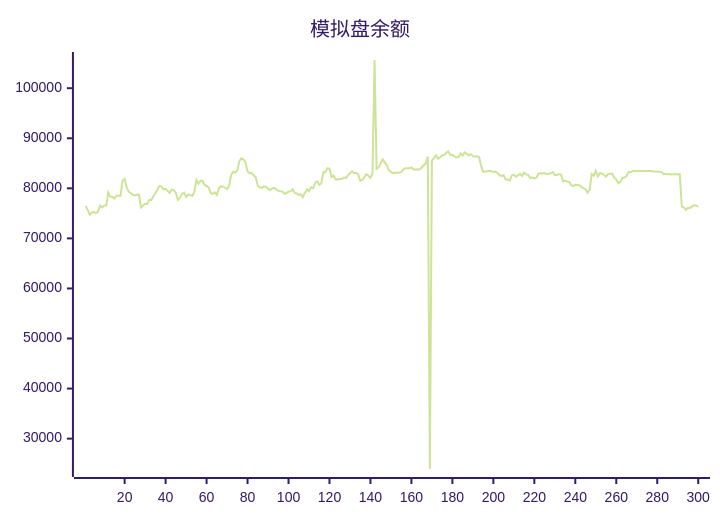
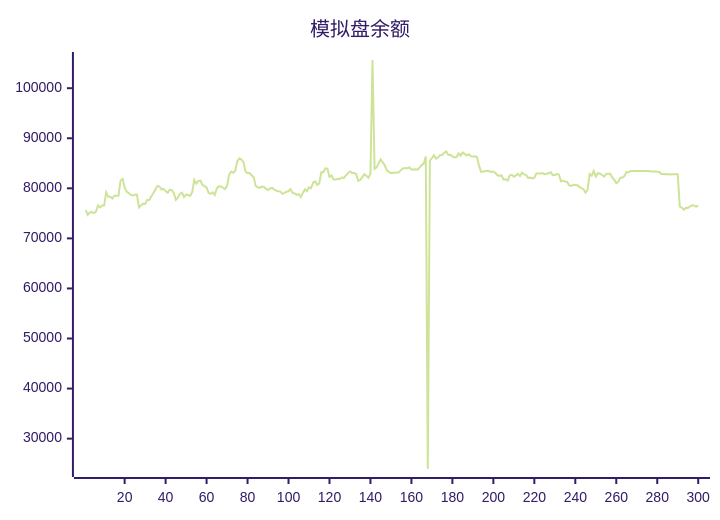
Before and after one commit to aahl/ai-trading: the diagram in README.md, drawn with Mermaid (forest theme). The commit also changed other lines of this file and 1 other file, not shown here.

````diff
--- a/README.md
+++ b/README.md
@@ -5,5 +5,5 @@
 ```mermaid
 xychart
     title "模拟盘余额"
-    line [76485,75656,74695,75197,75246,75052,75334,76564,76179,76553,76551,79196,78300,78300,77944,78531,78531,78521,81564,81884,80160,79335,79055,78675,78580,78708,78764,76179,76586,76902,76876,77658,77669,78346,79023,79769,80497,80366,79761,79896,79448,79126,79749,79658,79097,77695,78114,78888,79126,78249,78738,78653,78478,79271,81680,80923,81488,81527,80681,80455,80190,79084,78879,79193,78686,79954,80403,80374,80118,79848,80491,82665,83351,83098,83525,85430,85983,85737,85221,83378,83014,83043,82613,82216,80477,80208,80081,80348,80277,79894,79670,79965,80093,79786,79542,79406,79371,78893,79087,79304,79406,79841,79072,78978,78696,78846,78272,79085,79787,79442,80198,80031,81120,81379,80718,80985,83214,83212,83993,83921,82270,82547,81776,81776,81866,81866,82158,82061,82596,83000,83408,83041,83050,82858,81503,81691,82188,82812,82517,82092,82901,105633,83898,84180,85030,85781,85178,84604,83569,83298,83008,83093,83107,83175,83228,83729,84025,84017,84019,84177,83775,83762,83785,83738,84160,84639,84939,86370,23934,85548,86046,86599,85942,86161,86622,86664,87115,87369,86666,86685,86384,86152,86243,86969,86548,87164,86885,86566,86809,86427,86348,86417,86273,84538,83299,83369,83430,83490,83404,83270,83362,83056,82605,82459,82614,81734,81788,81551,82598,82702,82320,82580,82878,82426,83139,82778,82686,82056,82166,81963,82110,82951,82983,82984,83038,82838,82915,82998,83235,82642,82682,82858,82746,81396,81512,81362,81277,80600,80461,80699,80673,80616,80288,80038,79836,79142,79722,82837,82533,83480,82366,83032,82960,82654,82330,82883,82934,82901,82188,81728,81005,81298,82110,82135,82449,83264,83203,83440,83439,83440,83440,83446,83447,83448,83447,83448,83449,83369,83369,83369,83313,83256,82872,82873,82801,82844,82785,82791,82791,82793,82794,76339,76145,75714,76110,76096,76397,76594,76585,76310]
+    line [75656,74695,75197,75246,75052,75334,76564,76179,76553,76551,79196,78300,78300,77944,78531,78531,78521,81564,81884,80160,79335,79055,78675,78580,78708,78764,76179,76586,76902,76876,77658,77669,78346,79023,79769,80497,80366,79761,79896,79448,79126,79749,79658,79097,77695,78114,78888,79126,78249,78738,78653,78478,79271,81680,80923,81488,81527,80681,80455,80190,79084,78879,79193,78686,79954,80403,80374,80118,79848,80491,82665,83351,83098,83525,85430,85983,85737,85221,83378,83014,83043,82613,82216,80477,80208,80081,80348,80277,79894,79670,79965,80093,79786,79542,79406,79371,78893,79087,79304,79406,79841,79072,78978,78696,78846,78272,79085,79787,79442,80198,80031,81120,81379,80718,80985,83214,83212,83993,83921,82270,82547,81776,81776,81866,81866,82158,82061,82596,83000,83408,83041,83050,82858,81503,81691,82188,82812,82517,82092,82901,105633,83898,84180,85030,85781,85178,84604,83569,83298,83008,83093,83107,83175,83228,83729,84025,84017,84019,84177,83775,83762,83785,83738,84160,84639,84939,86370,23934,85548,86046,86599,85942,86161,86622,86664,87115,87369,86666,86685,86384,86152,86243,86969,86548,87164,86885,86566,86809,86427,86348,86417,86273,84538,83299,83369,83430,83490,83404,83270,83362,83056,82605,82459,82614,81734,81788,81551,82598,82702,82320,82580,82878,82426,83139,82778,82686,82056,82166,81963,82110,82951,82983,82984,83038,82838,82915,82998,83235,82642,82682,82858,82746,81396,81512,81362,81277,80600,80461,80699,80673,80616,80288,80038,79836,79142,79722,82837,82533,83480,82366,83032,82960,82654,82330,82883,82934,82901,82188,81728,81005,81298,82110,82135,82449,83264,83203,83440,83439,83440,83440,83446,83447,83448,83447,83448,83449,83369,83369,83369,83313,83256,82872,82873,82801,82844,82785,82791,82791,82793,82794,76339,76145,75714,76110,76096,76397,76594,76585,76310,76607]
 ```
````
